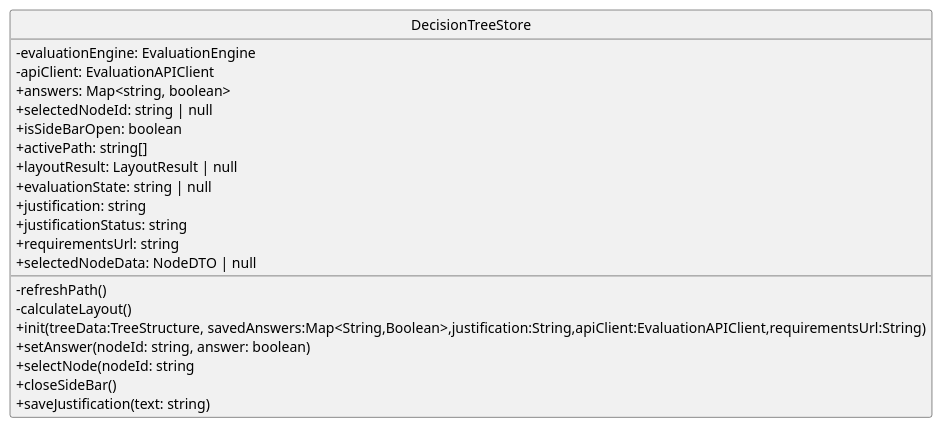
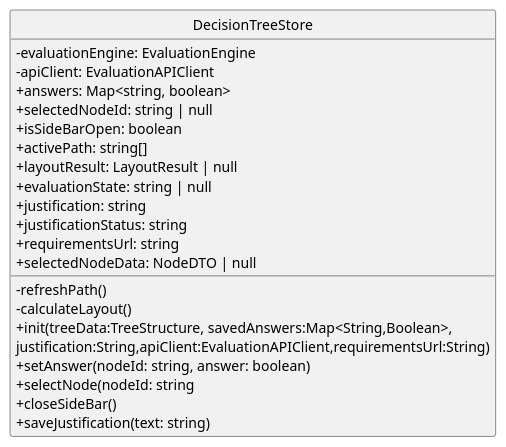
The diagram in src/PB/DocumentazioneEsterna/Specifica_Tecnica/content/05-diagrammi-classi/uml/puml/Frontend/decision-tree/store/DecisionTreeStore.puml (GroupRubberDuck/Documentazione), drawn with PlantUML before and after one commit. The commit also changed 7 other files, not shown here.

```diff
--- a/src/PB/DocumentazioneEsterna/Specifica_Tecnica/content/05-diagrammi-classi/uml/puml/Frontend/decision-tree/store/DecisionTreeStore.puml
+++ b/src/PB/DocumentazioneEsterna/Specifica_Tecnica/content/05-diagrammi-classi/uml/puml/Frontend/decision-tree/store/DecisionTreeStore.puml
@@ -1,34 +1,35 @@
 @startuml
 skinparam linetype ortho
 skinparam nodesep 80
 skinparam ranksep 100
 skinparam classAttributeIconSize 0
 skinparam packageStyle rectangle
 skinparam style strictuml
 
 class DecisionTreeStore{
 
         - evaluationEngine: EvaluationEngine 
         - apiClient: EvaluationAPIClient 
 + answers: Map<string, boolean>
     + selectedNodeId: string | null
     + isSideBarOpen: boolean
     + activePath: string[]
     + layoutResult: LayoutResult | null
     + evaluationState: string | null
     + justification: string
     + justificationStatus: string
     + requirementsUrl: string
     + selectedNodeData: NodeDTO | null
 
     - refreshPath()
     - calculateLayout()
-    + init(treeData:TreeStructure, savedAnswers:Map<String,Boolean>,justification:String,apiClient:EvaluationAPIClient,requirementsUrl:String)
+    + init(treeData:TreeStructure, savedAnswers:Map<String,Boolean>,
+    justification:String,apiClient:EvaluationAPIClient,requirementsUrl:String)
     + setAnswer(nodeId: string, answer: boolean)
     + selectNode(nodeId: string
     + closeSideBar()
     + saveJustification(text: string)
 
 }
 
 @enduml
```
